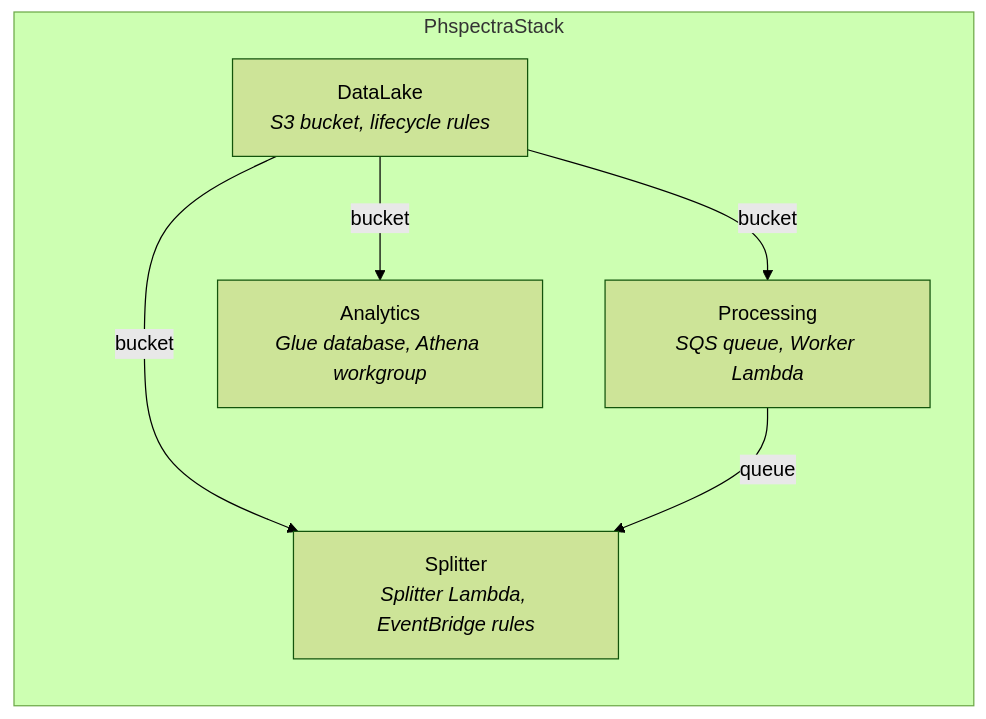
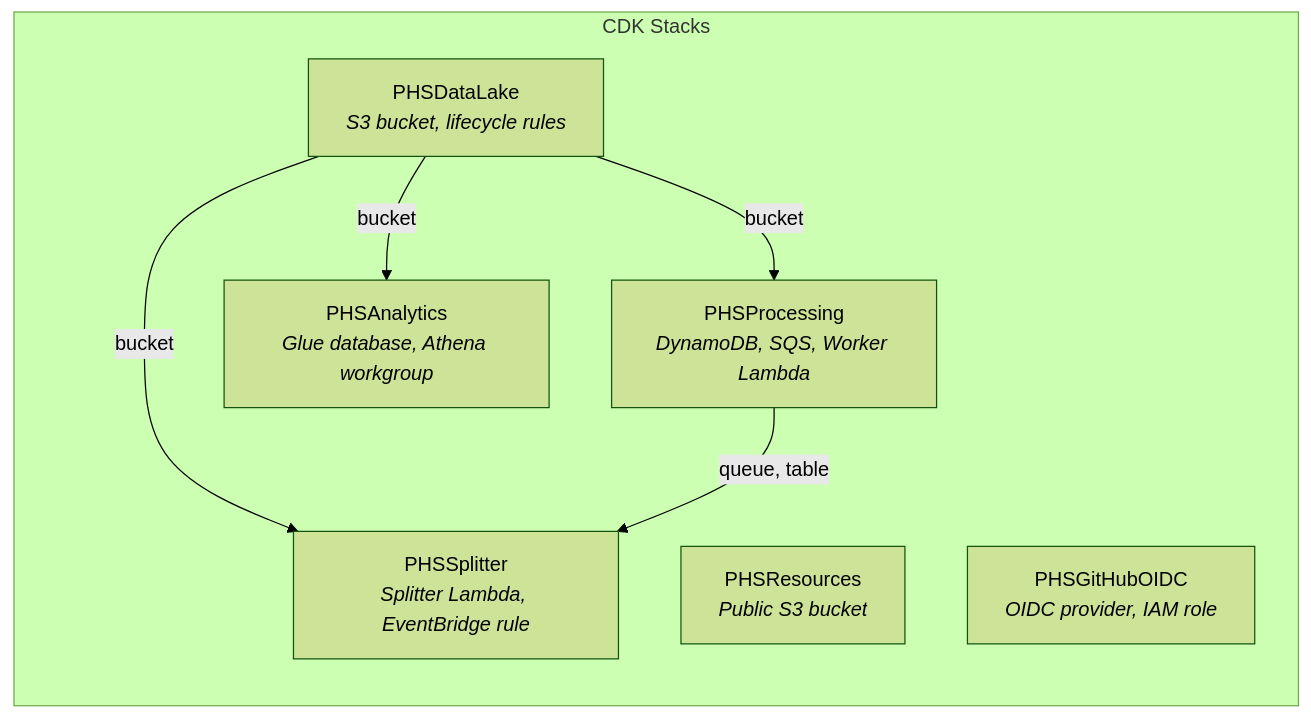
The third of 3 diagrams in packages/docs/docs/infrastructure/aws-pipeline.md (caverac/phspectra), drawn with Mermaid (forest theme) before and after one commit. The commit also changed other lines of this file and 32 other files, not shown here.

````diff
--- a/packages/docs/docs/infrastructure/aws-pipeline.md
+++ b/packages/docs/docs/infrastructure/aws-pipeline.md
@@ -217,14 +264,16 @@
 ```mermaid
 flowchart LR
-    subgraph PhspectraStack
-        DL["DataLake<br/><i>S3 bucket, lifecycle rules</i>"]
-        PR["Processing<br/><i>SQS queue, Worker Lambda</i>"]
-        SL["Splitter<br/><i>Splitter Lambda, EventBridge rules</i>"]
-        AN["Analytics<br/><i>Glue database, Athena workgroup</i>"]
+    subgraph stacks["CDK Stacks"]
+        DL["PHSDataLake<br/><i>S3 bucket, lifecycle rules</i>"]
+        PR["PHSProcessing<br/><i>DynamoDB, SQS, Worker Lambda</i>"]
+        SL["PHSSplitter<br/><i>Splitter Lambda, EventBridge rule</i>"]
+        AN["PHSAnalytics<br/><i>Glue database, Athena workgroup</i>"]
+        RS["PHSResources<br/><i>Public S3 bucket</i>"]
+        GH["PHSGitHubOIDC<br/><i>OIDC provider, IAM role</i>"]
     end
 
     DL -- "bucket" --> PR
     DL -- "bucket" --> SL
     DL -- "bucket" --> AN
-    PR -- "queue" --> SL
+    PR -- "queue, table" --> SL
 ```
````
